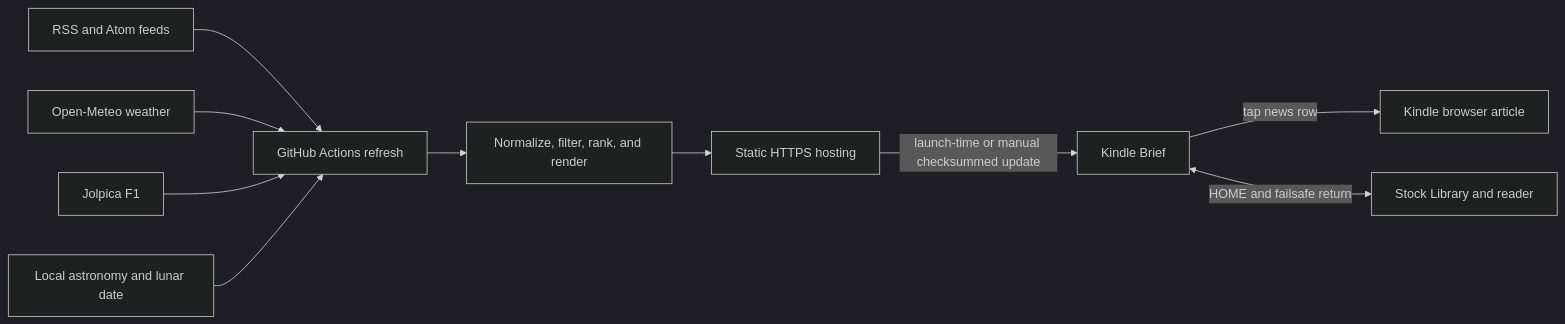
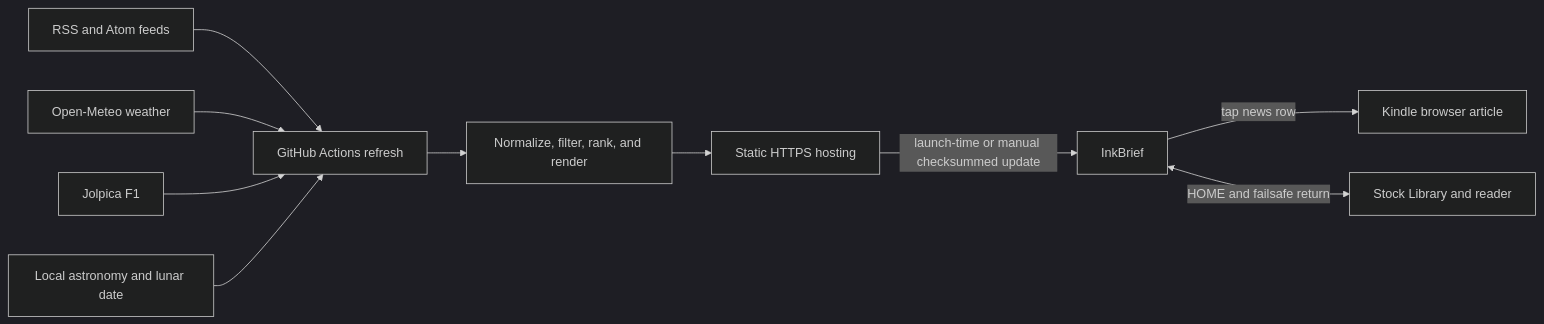
The diagram in README.md (Lzchyi/inkbrief), drawn with Mermaid (dark theme) before and after one commit. The commit also changed other lines of this file and 9 other files, not shown here.

Commit message:
Brand project as InkBrief for open source

````diff
--- a/README.md
+++ b/README.md
@@ -30,12 +30,12 @@
 ```mermaid
 flowchart LR
     RSS["RSS and Atom feeds"] --> Actions["GitHub Actions refresh"]
     Weather["Open-Meteo weather"] --> Actions
     F1["Jolpica F1"] --> Actions
     Sky["Local astronomy and lunar date"] --> Actions
     Actions --> Pipeline["Normalize, filter, rank, and render"]
     Pipeline --> Host["Static HTTPS hosting"]
-    Host -->|"launch-time or manual checksummed update"| Kindle["Kindle Brief"]
+    Host -->|"launch-time or manual checksummed update"| Kindle["InkBrief"]
     Kindle -->|"tap news row"| Browser["Kindle browser article"]
     Kindle <-->|"HOME and failsafe return"| Library["Stock Library and reader"]
 ```
````
